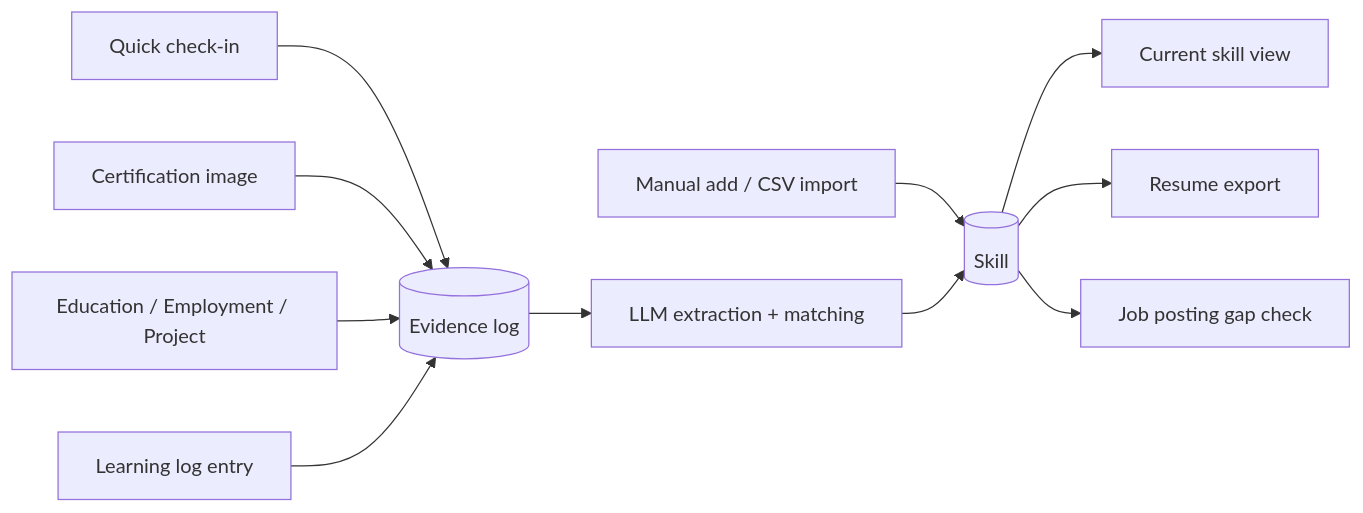
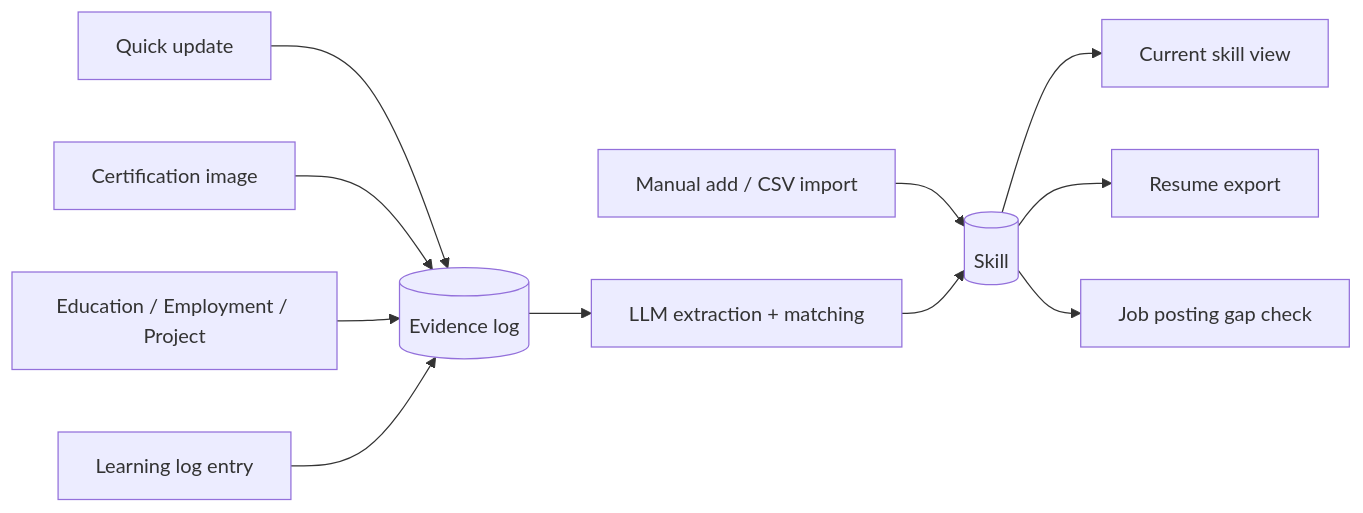
Before and after one commit to tkm112345/skillgrowth: the diagram in README.md, drawn with Mermaid. The commit also changed other lines of this file and 6 other files, not shown here.

````diff
--- a/README.md
+++ b/README.md
@@ -14,13 +14,13 @@
 ```mermaid
 flowchart LR
-  U1[Quick check-in] --> E[(Evidence log)]
+  U1[Quick update] --> E[(Evidence log)]
   U2[Certification image] --> E
   U3[Education / Employment / Project] --> E
   U4[Learning log entry] --> E
   U5[Manual add / CSV import] --> S[(Skill)]
   E --> L[LLM extraction + matching]
   L --> S
   S --> V[Current skill view]
   S --> X[Resume export]
   S --> G[Job posting gap check]
 ```
````
